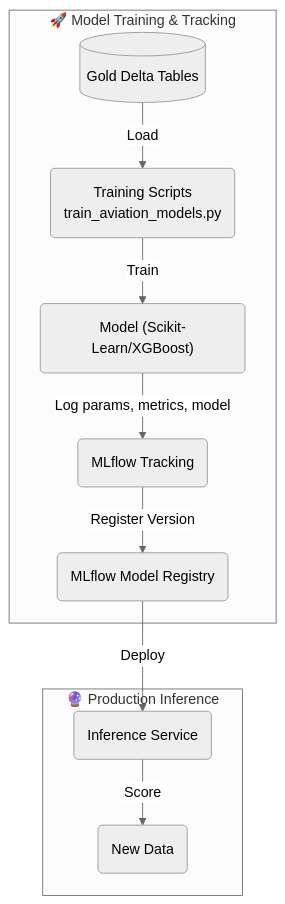
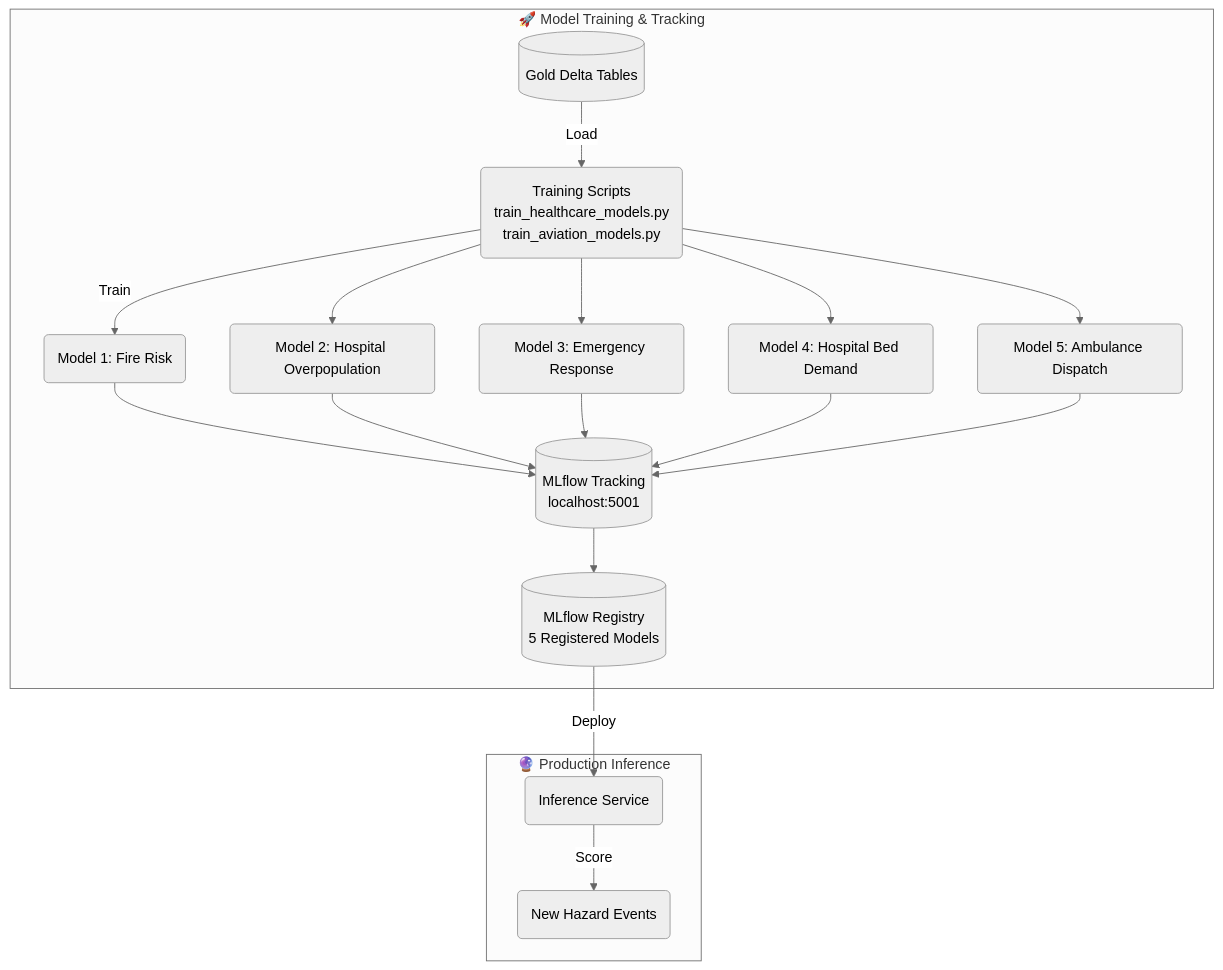
Before and after one commit to matiasmagni/geo-ai-medallion-architecture-pipeline: the fifth of 7 diagrams in README.md, drawn with Mermaid (neutral theme). The commit also changed other lines of this file, not shown here.

First line of the commit message:
Update README with all 8 data sources, 5 ML models, 102 tests, troubleshooting

````diff
--- a/README.md
+++ b/README.md
@@ -249,14 +282,22 @@
 ```mermaid
 flowchart TB
     subgraph Training["🚀 Model Training & Tracking"]
-        D[("Gold Delta Tables")] -->|"Load"| T("Training Scripts<br/>train_aviation_models.py")
-        T -->|"Train"| M("Model (Scikit-Learn/XGBoost)")
-        M -->|"Log params, metrics, model"| ML("MLflow Tracking")
-        ML -->|"Register Version"| MR("MLflow Model Registry")
+        D[("Gold Delta Tables")] -->|"Load"| T("Training Scripts<br/>train_healthcare_models.py<br/>train_aviation_models.py")
+        T -->|"Train"| M1(Model 1: Fire Risk)
+        T --> M2(Model 2: Hospital Overpopulation)
+        T --> M3(Model 3: Emergency Response)
+        T --> M4(Model 4: Hospital Bed Demand)
+        T --> M5(Model 5: Ambulance Dispatch)
+        M1 --> ML[("MLflow Tracking<br/>localhost:5001")]
+        M2 --> ML
+        M3 --> ML
+        M4 --> ML
+        M5 --> ML
+        ML --> MR[("MLflow Registry<br/>5 Registered Models")]
     end
     
     subgraph Inference["🔮 Production Inference"]
         MR -->|"Deploy"| S("Inference Service")
-        S -->|"Score"| NewD("New Data")
+        S -->|"Score"| NewD("New Hazard Events")
     end
 ```
````
